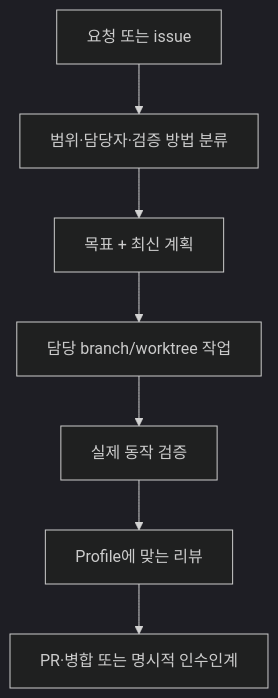
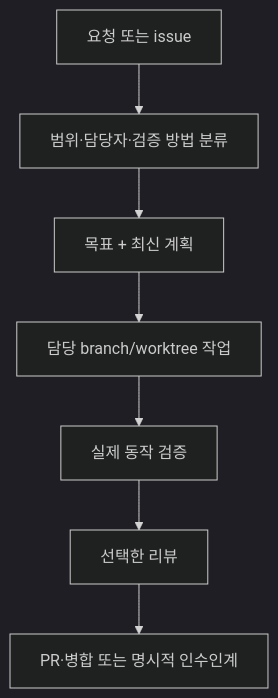
One commit to eunsoogi/codexy changed the diagram in README.ko.md. Above: the diagram before and after it, drawn with Mermaid (dark theme). The commit also changed other lines of this file and 11 other files, not shown here.

````diff
--- a/README.ko.md
+++ b/README.ko.md
@@ -162,9 +124,9 @@
 ```mermaid
 flowchart TD
     request["요청 또는 issue"] --> classify["범위·담당자·검증 방법 분류"]
     classify --> plan["목표 + 최신 계획"]
     plan --> work["담당 branch/worktree 작업"]
     work --> verify["실제 동작 검증"]
-    verify --> review["Profile에 맞는 리뷰"]
+    verify --> review["선택한 리뷰"]
     review --> finish["PR·병합 또는 명시적 인수인계"]
 ```
````
